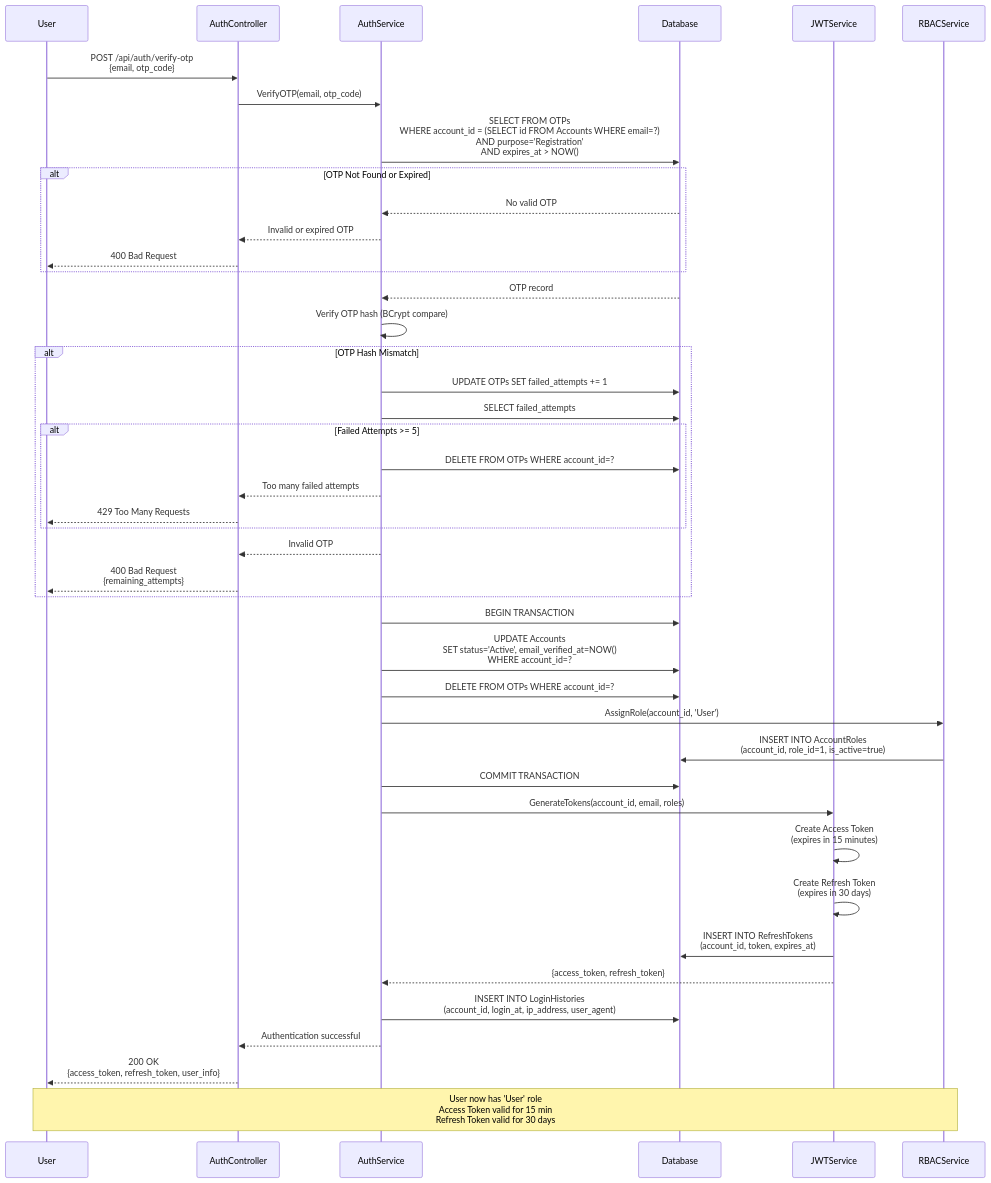
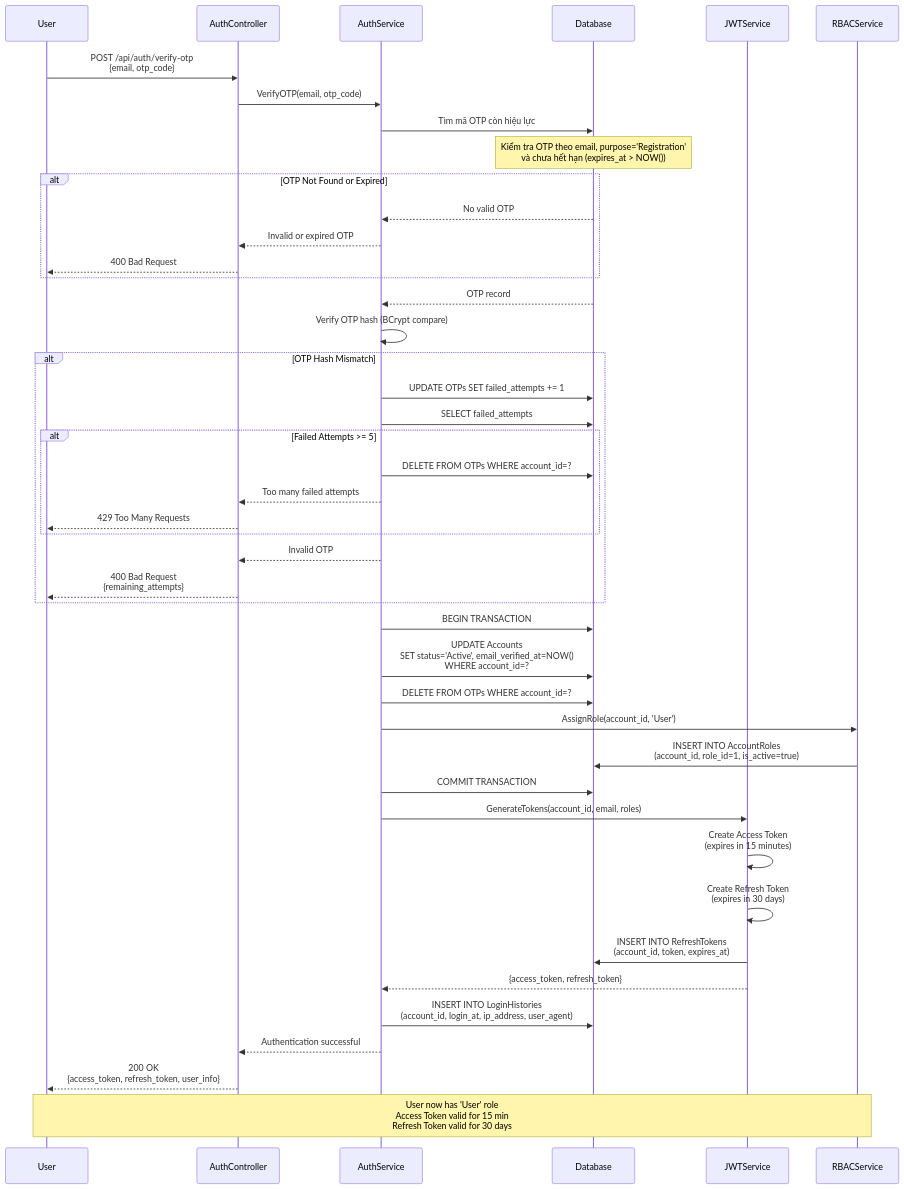
One commit to TranHoang2k40525/UngDungMangXaHoi changed the fifth of 49 diagrams in README.md. Above: the diagram before and after it, drawn with Mermaid. The commit also changed other lines of this file, not shown here.

````diff
--- a/README.md
+++ b/README.md
@@ -1305,59 +1305,61 @@
 ```mermaid
 sequenceDiagram
     participant U as User
     participant API as AuthController
     participant S as AuthService
     participant DB as Database
     participant JWT as JWTService
     participant RBAC as RBACService
     
     U->>API: POST /api/auth/verify-otp<br/>{email, otp_code}
     API->>S: VerifyOTP(email, otp_code)
     
-    S->>DB: SELECT FROM OTPs<br/>WHERE account_id = (SELECT id FROM Accounts WHERE email=?)<br/>AND purpose='Registration'<br/>AND expires_at > NOW()
+    S->>DB: Tìm mã OTP còn hiệu lực
+    
+    Note over DB: Kiểm tra OTP theo email, purpose='Registration'<br/>và chưa hết hạn (expires_at > NOW())
     
     alt OTP Not Found or Expired
         DB-->>S: No valid OTP
         S-->>API: Invalid or expired OTP
         API-->>U: 400 Bad Request
     end
     
     DB-->>S: OTP record
     S->>S: Verify OTP hash (BCrypt compare)
     
     alt OTP Hash Mismatch
         S->>DB: UPDATE OTPs SET failed_attempts += 1
         S->>DB: SELECT failed_attempts
         
         alt Failed Attempts >= 5
             S->>DB: DELETE FROM OTPs WHERE account_id=?
             S-->>API: Too many failed attempts
             API-->>U: 429 Too Many Requests
         end
         
         S-->>API: Invalid OTP
         API-->>U: 400 Bad Request<br/>{remaining_attempts}
     end
     
     S->>DB: BEGIN TRANSACTION
     S->>DB: UPDATE Accounts<br/>SET status='Active', email_verified_at=NOW()<br/>WHERE account_id=?
     S->>DB: DELETE FROM OTPs WHERE account_id=?
     
     S->>RBAC: AssignRole(account_id, 'User')
     RBAC->>DB: INSERT INTO AccountRoles<br/>(account_id, role_id=1, is_active=true)
     
     S->>DB: COMMIT TRANSACTION
     
     S->>JWT: GenerateTokens(account_id, email, roles)
     JWT->>JWT: Create Access Token<br/>(expires in 15 minutes)
     JWT->>JWT: Create Refresh Token<br/>(expires in 30 days)
     JWT->>DB: INSERT INTO RefreshTokens<br/>(account_id, token, expires_at)
     JWT-->>S: {access_token, refresh_token}
     
     S->>DB: INSERT INTO LoginHistories<br/>(account_id, login_at, ip_address, user_agent)
     
     S-->>API: Authentication successful
     API-->>U: 200 OK<br/>{access_token, refresh_token, user_info}
     
     Note over U,RBAC: User now has 'User' role<br/>Access Token valid for 15 min<br/>Refresh Token valid for 30 days
 ```
````
